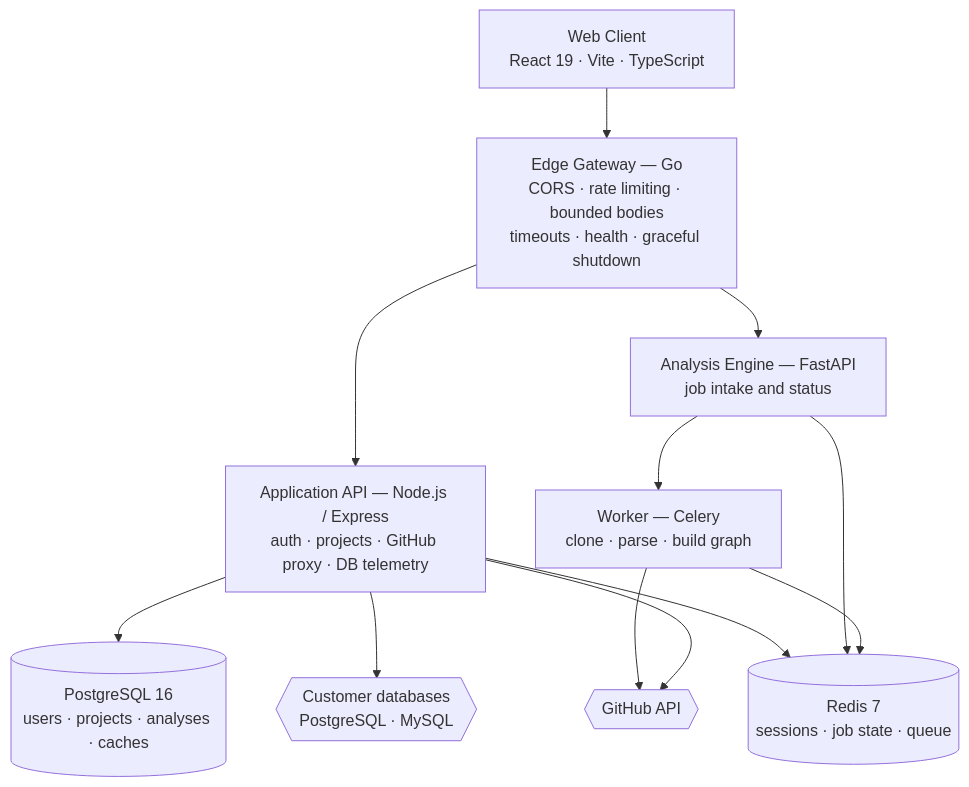
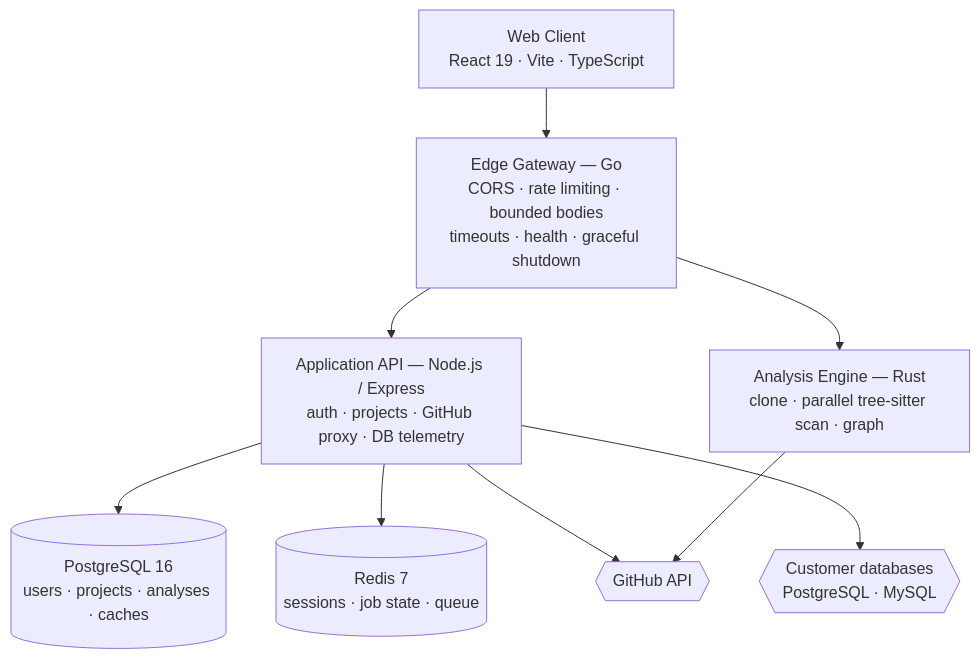
One commit to RAMAN0330/CodeGraph changed the diagram in README.md. Above: the diagram before and after it, drawn with Mermaid. The commit also changed other lines of this file and 36 other files, not shown here.

First line of the commit message:
Replace the Python analysis service with a Rust engine

````diff
--- a/README.md
+++ b/README.md
@@ -213,27 +213,23 @@
 ```mermaid
 flowchart TD
     Client["Web Client<br/>React 19 · Vite · TypeScript"]
 
     Gateway["Edge Gateway — Go<br/>CORS · rate limiting · bounded bodies<br/>timeouts · health · graceful shutdown"]
 
     NodeAPI["Application API — Node.js / Express<br/>auth · projects · GitHub proxy · DB telemetry"]
-    Engine["Analysis Engine — FastAPI<br/>job intake and status"]
-    Worker["Worker — Celery<br/>clone · parse · build graph"]
+    Engine["Analysis Engine — Rust<br/>clone · parallel tree-sitter scan · graph"]
 
     Postgres[("PostgreSQL 16<br/>users · projects · analyses · caches")]
     Redis[("Redis 7<br/>sessions · job state · queue")]
     GitHub{{"GitHub API"}}
     UserDB{{"Customer databases<br/>PostgreSQL · MySQL"}}
 
     Client --> Gateway
     Gateway --> NodeAPI
     Gateway --> Engine
-    Engine --> Worker
-    Worker --> Redis
-    Engine --> Redis
     NodeAPI --> Postgres
     NodeAPI --> Redis
     NodeAPI --> GitHub
     NodeAPI --> UserDB
-    Worker --> GitHub
+    Engine --> GitHub
 ```
````
